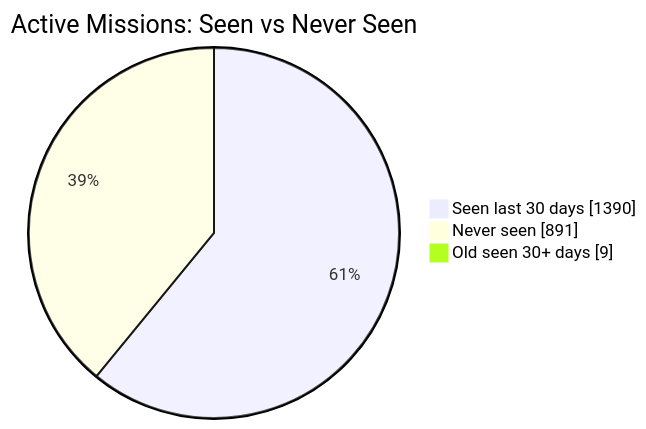
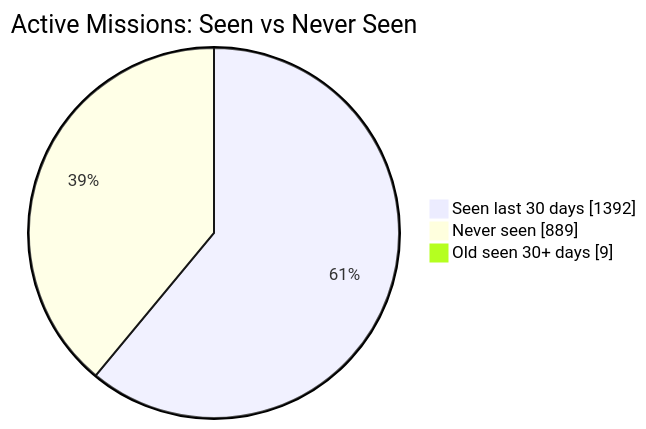
Before and after one commit to MeldkamerspelGameTeam/active-missions: the first of 2 diagrams in README.md, drawn with Mermaid. The commit also changed other lines of this file and 2 other files, not shown here.

````diff
--- a/README.md
+++ b/README.md
@@ -34,7 +34,7 @@
 ```mermaid
 pie showData
     title Active Missions: Seen vs Never Seen
-    "Seen last 30 days" : 1390
-    "Never seen" : 891
+    "Seen last 30 days" : 1392
+    "Never seen" : 889
     "Old seen 30+ days" : 9
 ```
````
